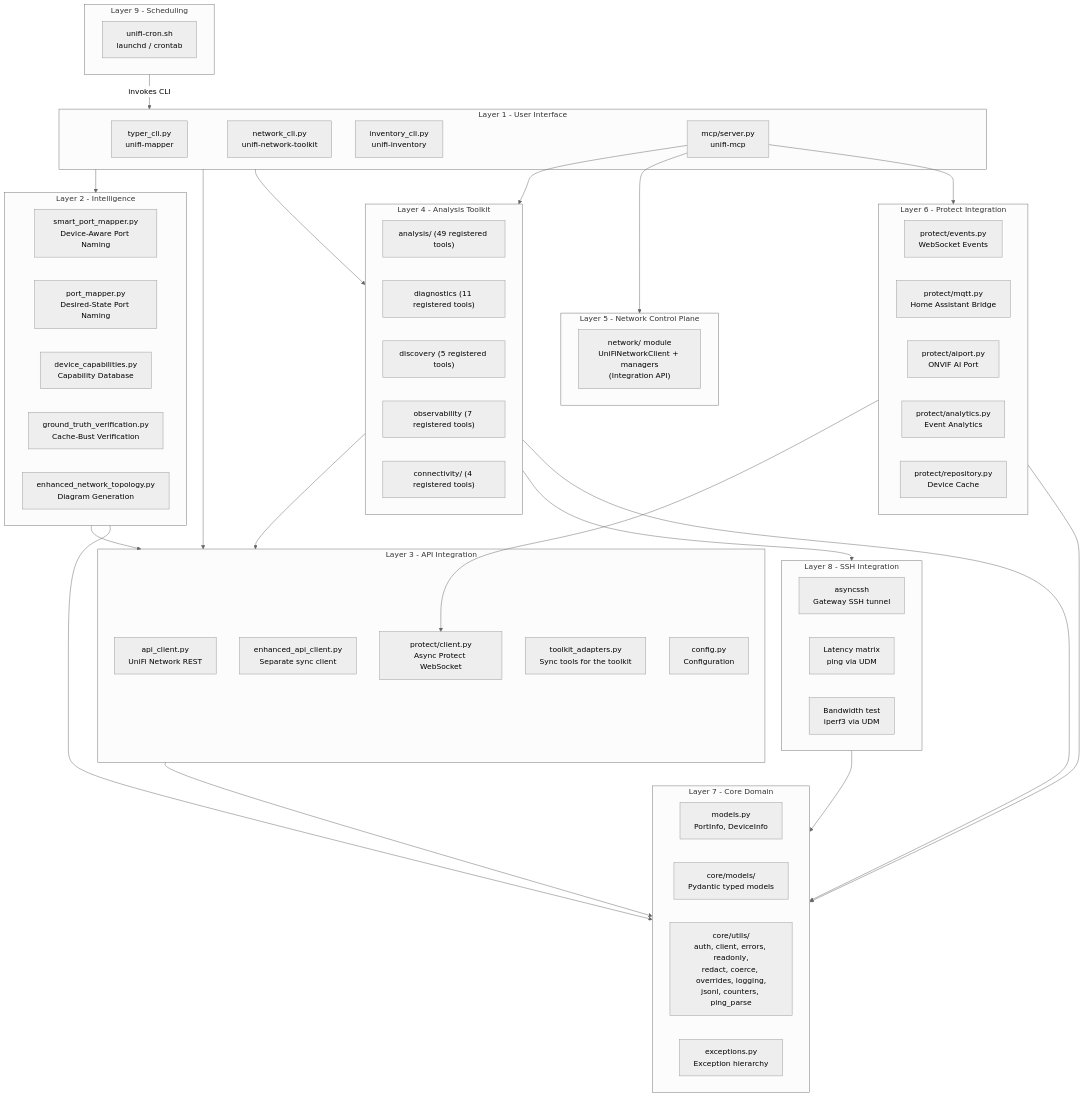
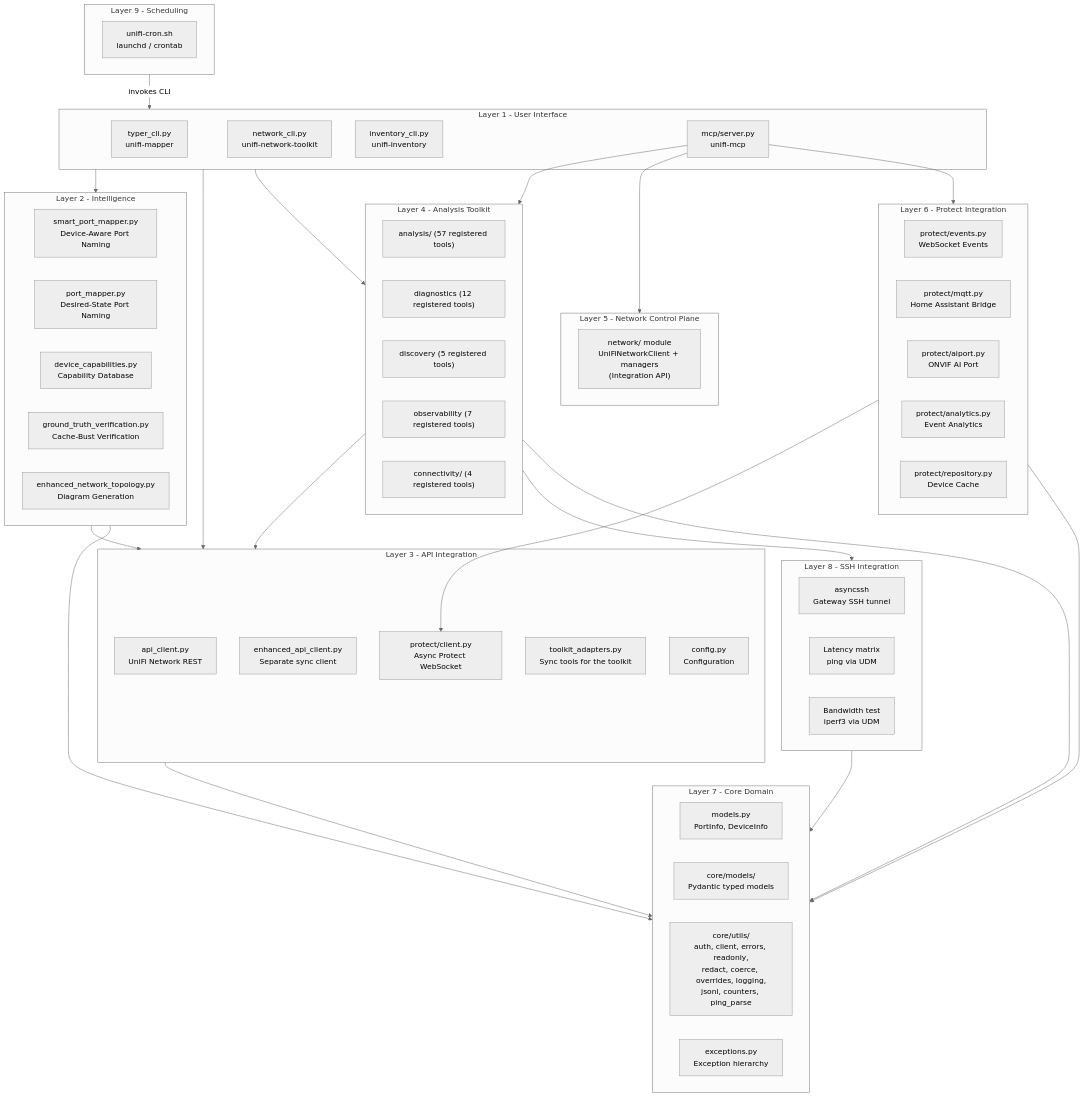
Before and after one commit to NetDevAutomate/unifi_management_cli: the first of 21 diagrams in docs/architecture/architecture-overview.md, drawn with Mermaid (neutral theme). The commit also changed other lines of this file and 35 other files, not shown here.

````diff
--- a/docs/architecture/architecture-overview.md
+++ b/docs/architecture/architecture-overview.md
@@ -55,79 +55,79 @@
 ```mermaid
 graph TB
     subgraph UI["Layer 1 - User Interface"]
         TC["typer_cli.py\nunifi-mapper"]
         NC["network_cli.py\nunifi-network-toolkit"]
         IC["inventory_cli.py\nunifi-inventory"]
         MCP["mcp/server.py\nunifi-mcp"]
     end
 
     subgraph SCHED["Layer 9 - Scheduling"]
         CRON["unifi-cron.sh\nlaunchd / crontab"]
     end
 
     subgraph INT["Layer 2 - Intelligence"]
         SPM["smart_port_mapper.py\nDevice-Aware Port Naming"]
         PM["port_mapper.py\nDesired-State Port Naming"]
         DC["device_capabilities.py\nCapability Database"]
         GTV["ground_truth_verification.py\nCache-Bust Verification"]
         NT["enhanced_network_topology.py\nDiagram Generation"]
     end
 
     subgraph API["Layer 3 - API Integration"]
         AC["api_client.py\nUniFi Network REST"]
         EAC["enhanced_api_client.py\nSeparate sync client"]
         PC["protect/client.py\nAsync Protect WebSocket"]
         TA["toolkit_adapters.py\nSync tools for the toolkit"]
         CFG["config.py\nConfiguration"]
     end
 
     subgraph AT["Layer 4 - Analysis Toolkit"]
-        AN["analysis/ (49 registered tools)"]
-        DG["diagnostics (11 registered tools)"]
+        AN["analysis/ (57 registered tools)"]
+        DG["diagnostics (12 registered tools)"]
         DS["discovery (5 registered tools)"]
         OB["observability (7 registered tools)"]
         CN["connectivity/ (4 registered tools)"]
     end
 
     subgraph SSH["Layer 8 - SSH Integration"]
         SSHL["asyncssh\nGateway SSH tunnel"]
         PING["Latency matrix\nping via UDM"]
         IPERF["Bandwidth test\niperf3 via UDM"]
     end
 
     subgraph NCP["Layer 5 - Network Control Plane"]
         NW["network/ module\nUniFiNetworkClient + managers\n(Integration API)"]
     end
 
     subgraph PR["Layer 6 - Protect Integration"]
         PE["protect/events.py\nWebSocket Events"]
         PQ["protect/mqtt.py\nHome Assistant Bridge"]
         PAI["protect/aiport.py\nONVIF AI Port"]
         PAN["protect/analytics.py\nEvent Analytics"]
         PRE["protect/repository.py\nDevice Cache"]
     end
 
     subgraph CD["Layer 7 - Core Domain"]
         MD["models.py\nPortInfo, DeviceInfo"]
         CM["core/models/\nPydantic typed models"]
         CU["core/utils/\nauth, client, errors, readonly,\nredact, coerce, overrides, logging,\njsonl, counters, ping_parse"]
         EX["exceptions.py\nException hierarchy"]
     end
 
     SCHED -->|"invokes CLI"| UI
     UI --> INT
     UI --> API
     UI --> AT
     INT --> API
     INT --> CD
     API --> CD
     AT --> API
     AT --> SSH
     AT --> CD
     PR --> PC
     PR --> CD
     MCP --> AT
     MCP --> NCP
     MCP --> PR
     SSH --> CD
 ```
````
